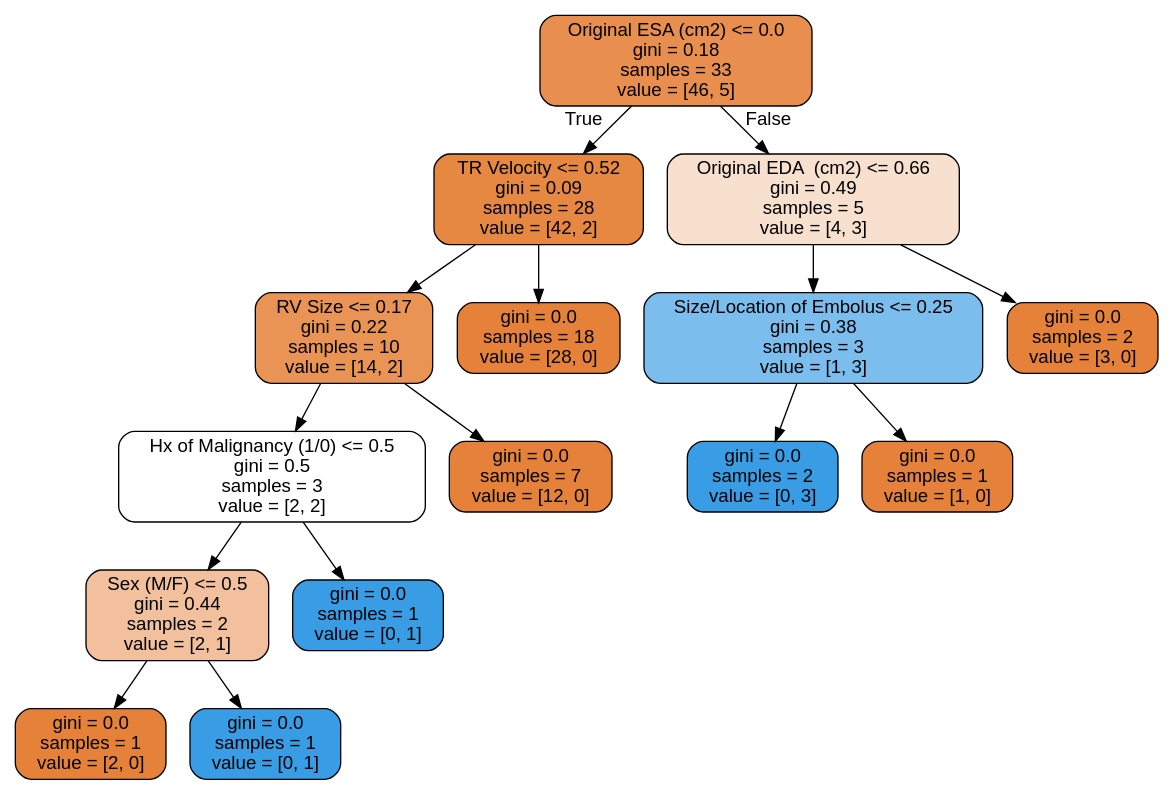
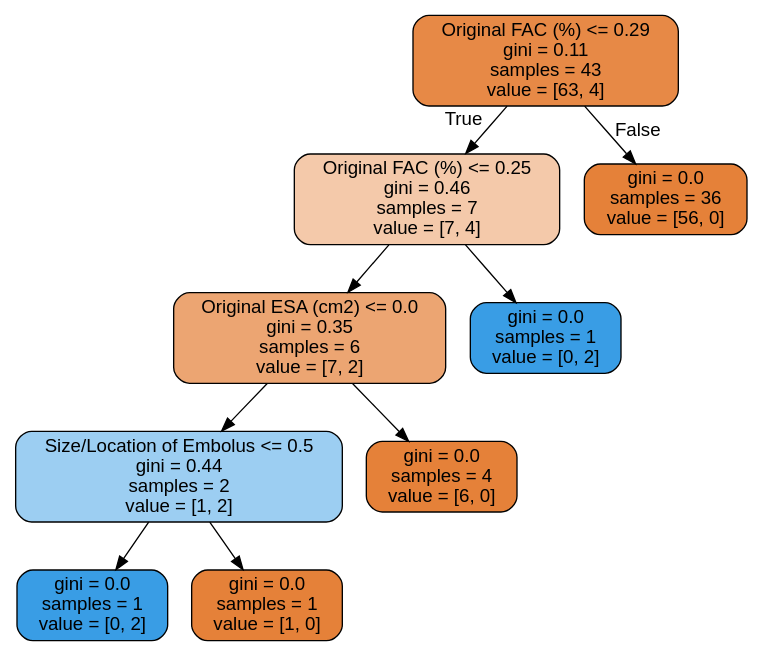
One commit to nitro41992/cs634-final-project changed the diagram in tree.dot. Above: the diagram before and after it, drawn with Graphviz. The commit also changed 2 other files, not shown here.

```diff
--- a/tree.dot
+++ b/tree.dot
@@ -1,33 +1,21 @@
 digraph Tree {
 node [shape=box, style="filled, rounded", color="black", fontname=helvetica] ;
 edge [fontname=helvetica] ;
-0 [label="Original ESA (cm2) <= 0.0\ngini = 0.18\nsamples = 33\nvalue = [46, 5]", fillcolor="#e88f4f"] ;
-1 [label="TR Velocity <= 0.52\ngini = 0.09\nsamples = 28\nvalue = [42, 2]", fillcolor="#e68742"] ;
+0 [label=" Original FAC (%) <= 0.29\ngini = 0.11\nsamples = 43\nvalue = [63, 4]", fillcolor="#e78946"] ;
+1 [label=" Original FAC (%) <= 0.25\ngini = 0.46\nsamples = 7\nvalue = [7, 4]", fillcolor="#f4c9aa"] ;
 0 -> 1 [labeldistance=2.5, labelangle=45, headlabel="True"] ;
-2 [label="RV Size <= 0.17\ngini = 0.22\nsamples = 10\nvalue = [14, 2]", fillcolor="#e99355"] ;
+2 [label="Original ESA (cm2) <= 0.0\ngini = 0.35\nsamples = 6\nvalue = [7, 2]", fillcolor="#eca572"] ;
 1 -> 2 ;
-3 [label="Hx of Malignancy (1/0) <= 0.5\ngini = 0.5\nsamples = 3\nvalue = [2, 2]", fillcolor="#ffffff"] ;
+3 [label="Size/Location of Embolus <= 0.5\ngini = 0.44\nsamples = 2\nvalue = [1, 2]", fillcolor="#9ccef2"] ;
 2 -> 3 ;
-4 [label="Sex (M/F) <= 0.5\ngini = 0.44\nsamples = 2\nvalue = [2, 1]", fillcolor="#f2c09c"] ;
+4 [label="gini = 0.0\nsamples = 1\nvalue = [0, 2]", fillcolor="#399de5"] ;
 3 -> 4 ;
-5 [label="gini = 0.0\nsamples = 1\nvalue = [2, 0]", fillcolor="#e58139"] ;
-4 -> 5 ;
-6 [label="gini = 0.0\nsamples = 1\nvalue = [0, 1]", fillcolor="#399de5"] ;
-4 -> 6 ;
-7 [label="gini = 0.0\nsamples = 1\nvalue = [0, 1]", fillcolor="#399de5"] ;
-3 -> 7 ;
-8 [label="gini = 0.0\nsamples = 7\nvalue = [12, 0]", fillcolor="#e58139"] ;
-2 -> 8 ;
-9 [label="gini = 0.0\nsamples = 18\nvalue = [28, 0]", fillcolor="#e58139"] ;
-1 -> 9 ;
-10 [label="Original EDA  (cm2) <= 0.66\ngini = 0.49\nsamples = 5\nvalue = [4, 3]", fillcolor="#f8e0ce"] ;
-0 -> 10 [labeldistance=2.5, labelangle=-45, headlabel="False"] ;
-11 [label="Size/Location of Embolus <= 0.25\ngini = 0.38\nsamples = 3\nvalue = [1, 3]", fillcolor="#7bbeee"] ;
-10 -> 11 ;
-12 [label="gini = 0.0\nsamples = 2\nvalue = [0, 3]", fillcolor="#399de5"] ;
-11 -> 12 ;
-13 [label="gini = 0.0\nsamples = 1\nvalue = [1, 0]", fillcolor="#e58139"] ;
-11 -> 13 ;
-14 [label="gini = 0.0\nsamples = 2\nvalue = [3, 0]", fillcolor="#e58139"] ;
-10 -> 14 ;
+5 [label="gini = 0.0\nsamples = 1\nvalue = [1, 0]", fillcolor="#e58139"] ;
+3 -> 5 ;
+6 [label="gini = 0.0\nsamples = 4\nvalue = [6, 0]", fillcolor="#e58139"] ;
+2 -> 6 ;
+7 [label="gini = 0.0\nsamples = 1\nvalue = [0, 2]", fillcolor="#399de5"] ;
+1 -> 7 ;
+8 [label="gini = 0.0\nsamples = 36\nvalue = [56, 0]", fillcolor="#e58139"] ;
+0 -> 8 [labeldistance=2.5, labelangle=-45, headlabel="False"] ;
 }
```
